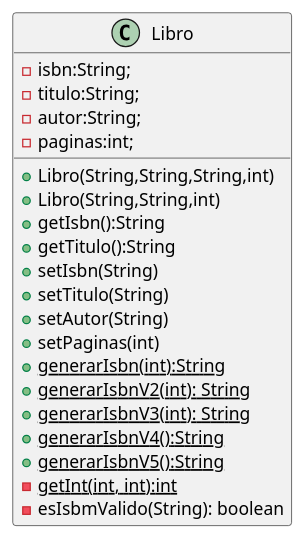
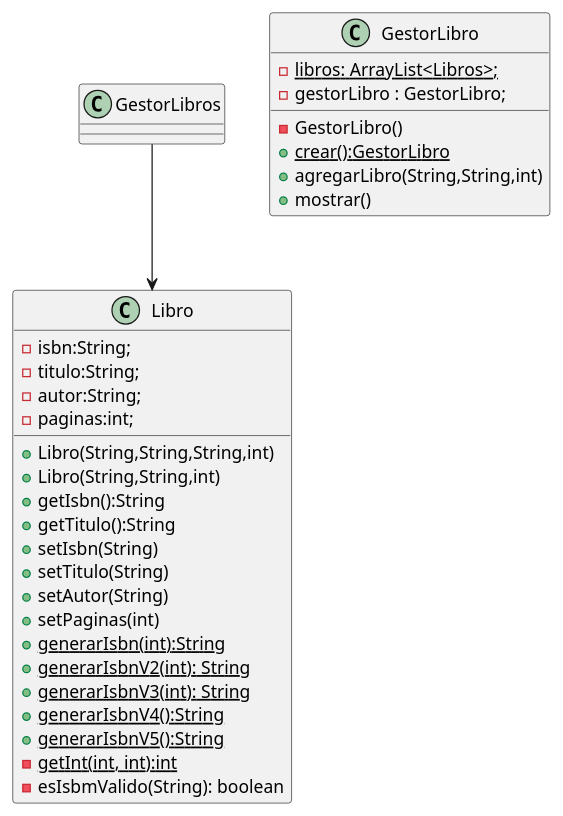
Before and after one commit to FacundoSC/Libros: the diagram in UML/diagrama.puml, drawn with PlantUML.

Commit message:
se agregan  la relacion  Libro con GestorLibros

```diff
--- a/UML/diagrama.puml
+++ b/UML/diagrama.puml
@@ -1,23 +1,35 @@
 @startuml
+GestorLibros--> Libro 
+
+class GestorLibro{
+-{static} libros: ArrayList<Libros>;
+- gestorLibro : GestorLibro;
+- GestorLibro()
++{static}crear():GestorLibro
++agregarLibro(String,String,int)
++mostrar()
+
+}
+
 class Libro {
    -isbn:String;
    -titulo:String;
    -autor:String;
    -paginas:int;
    +Libro(String,String,String,int)
    +Libro(String,String,int)
    +getIsbn():String
    +getTitulo():String
    +setIsbn(String)
    +setTitulo(String)
    +setAutor(String)
    +setPaginas(int)
    +{static}generarIsbn(int):String
    +{static}generarIsbnV2(int): String
    +{static}generarIsbnV3(int): String
    +{static}generarIsbnV4():String
    +{static}generarIsbnV5():String
    -{static}getInt(int, int):int
    - esIsbmValido(String): boolean
 }
 @enduml
```
